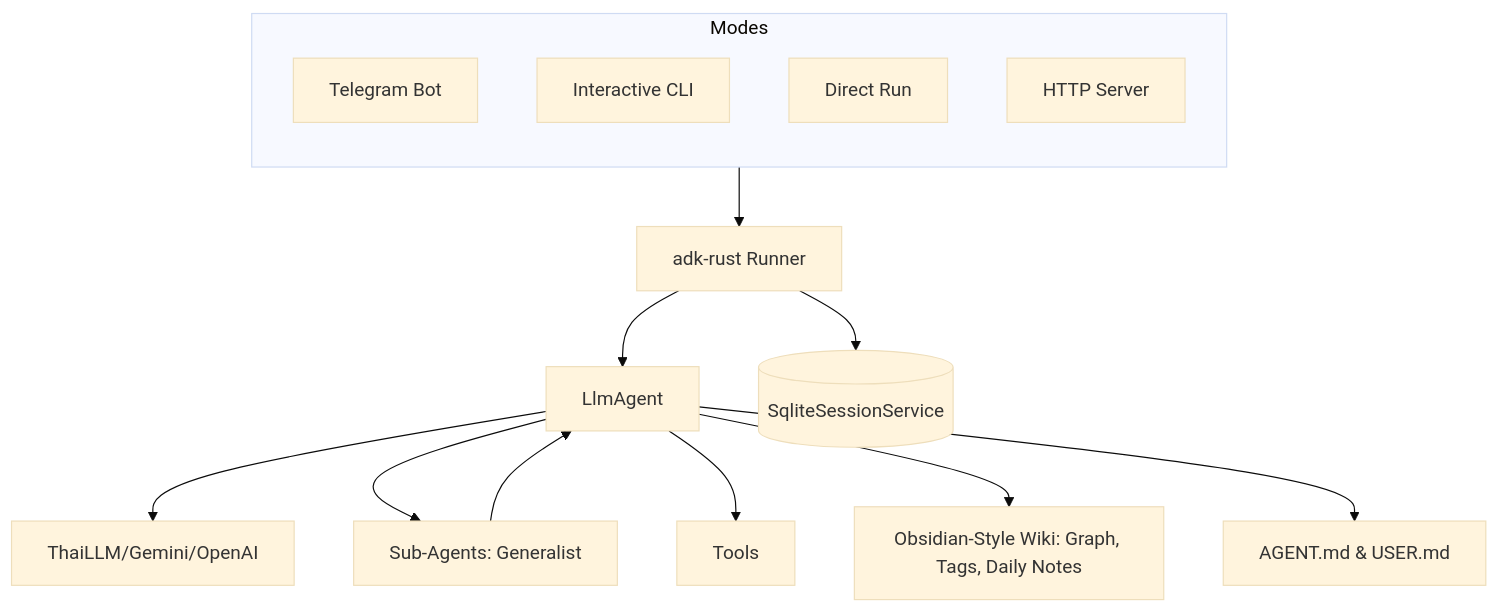
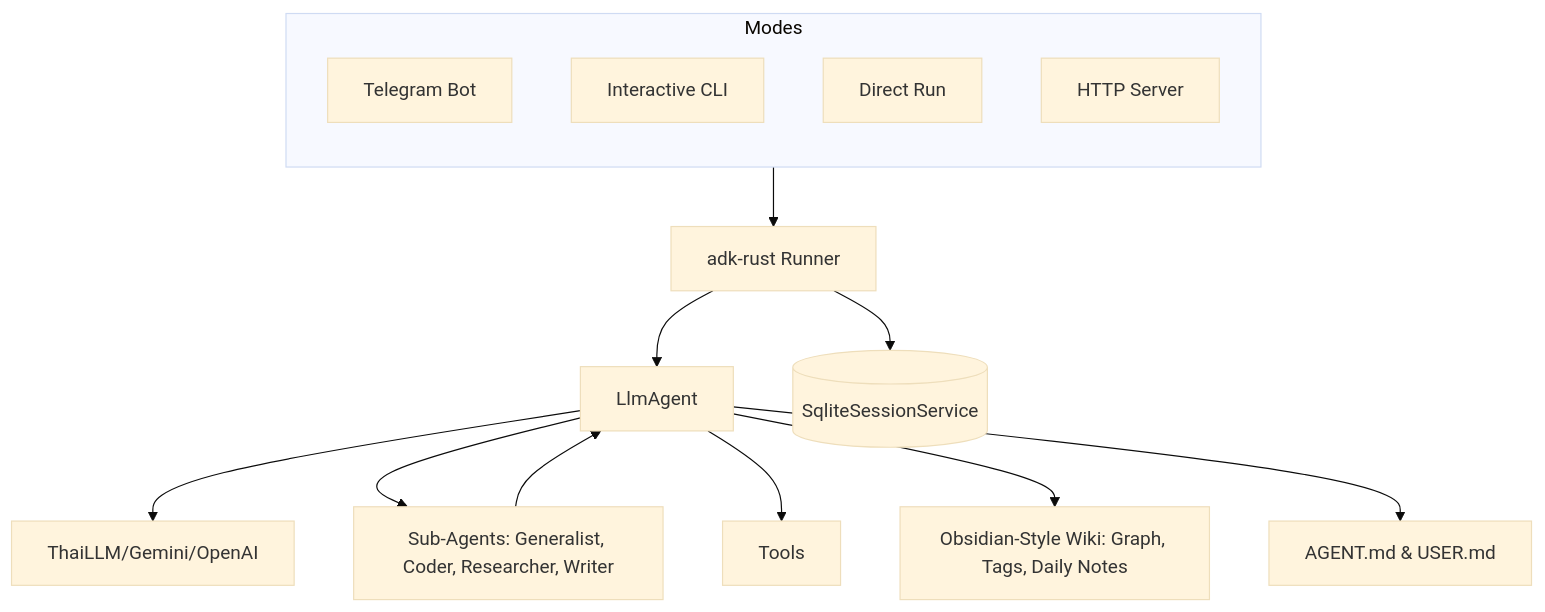
The diagram in README.md (anoochit/nami-core), drawn with Mermaid (base theme) before and after one commit. The commit also changed 1 other file, not shown here.

Commit message:
docs: finalize documentation for v0.8.0 and specialized agents

````diff
--- a/README.md
+++ b/README.md
@@ -91,23 +91,23 @@
 ```mermaid
 graph TD
     subgraph EntryPoints [Modes]
         direction TB
         Bot[Telegram Bot]
         CLI[Interactive CLI]
         Run[Direct Run]
         Server[HTTP Server]
     end
 
     EntryPoints --> Runner[adk-rust Runner]
     
     Runner --> Agent[LlmAgent]
     Runner --> DB[(SqliteSessionService)]
     
     Agent --> LLM[ThaiLLM/Gemini/OpenAI]
-    Agent --> SubAgents[Sub-Agents: Generalist]
+    Agent --> SubAgents[Sub-Agents: Generalist, Coder, Researcher, Writer]
     Agent --> Tools[Tools]
     Agent --> Wiki[Obsidian-Style Wiki: Graph, Tags, Daily Notes]
     Agent --> Persona[AGENT.md & USER.md]
     
     SubAgents --> Agent
 ```
````
